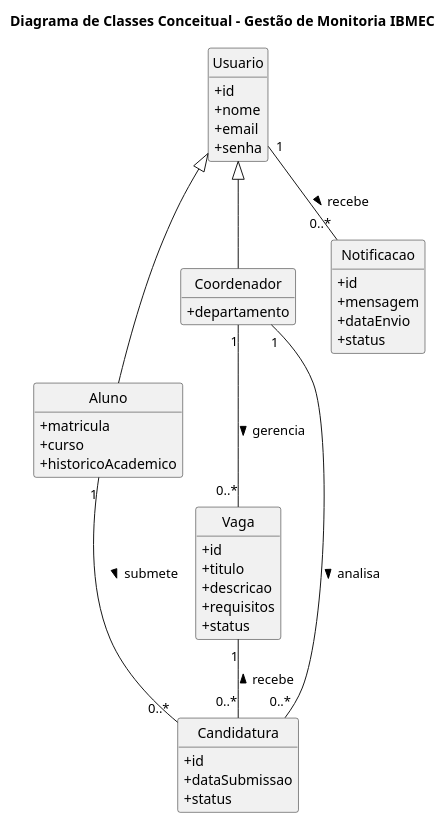
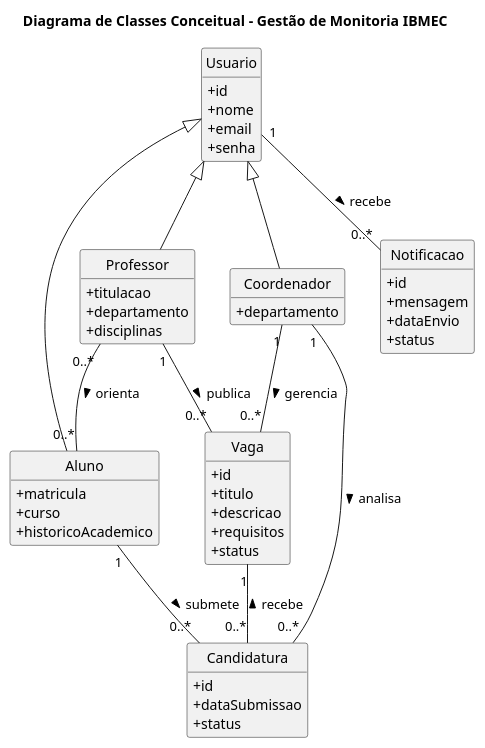
The diagram in Elaboracao/plantuml-project/diagrams/diagrama_classes_conceitual.puml (Projetos-de-Extensao/PBE_25.2_8001_III), drawn with PlantUML before and after one commit. The commit also changed 88 other files, not shown here.

```diff
--- a/Elaboracao/plantuml-project/diagrams/diagrama_classes_conceitual.puml
+++ b/Elaboracao/plantuml-project/diagrams/diagrama_classes_conceitual.puml
@@ -1,58 +1,66 @@
 @startuml
 ' Definição de estilo
 skinparam classAttributeIconSize 0
 skinparam style strictuml
 hide empty members
 
 ' Título do Diagrama
 title Diagrama de Classes Conceitual - Gestão de Monitoria IBMEC
 
 ' --- Classes ---
 
 class Usuario {
   +id
   +nome
   +email
   +senha
 }
 
 class Aluno extends Usuario {
   +matricula
   +curso
   +historicoAcademico
 }
 
 class Coordenador extends Usuario {
   +departamento
+}
+
+class Professor extends Usuario {
+  +titulacao
+  +departamento
+  +disciplinas
 }
 
 class Vaga {
   +id
   +titulo
   +descricao
   +requisitos
   +status
 }
 
 class Candidatura {
   +id
   +dataSubmissao
   +status
 }
 
 class Notificacao {
   +id
   +mensagem
   +dataEnvio
   +status
 }
 
 ' --- Relacionamentos ---
 
 Coordenador "1" -- "0..*" Vaga : gerencia >
 Vaga "1" -- "0..*" Candidatura : recebe <
 Aluno "1" -- "0..*" Candidatura : submete >
 Coordenador "1" -- "0..*" Candidatura : analisa >
 Usuario "1" -- "0..*" Notificacao : recebe >
+Professor "1" -- "0..*" Vaga : publica >
+Professor "0..*" -- "0..*" Aluno : orienta >
 
 @enduml
```
